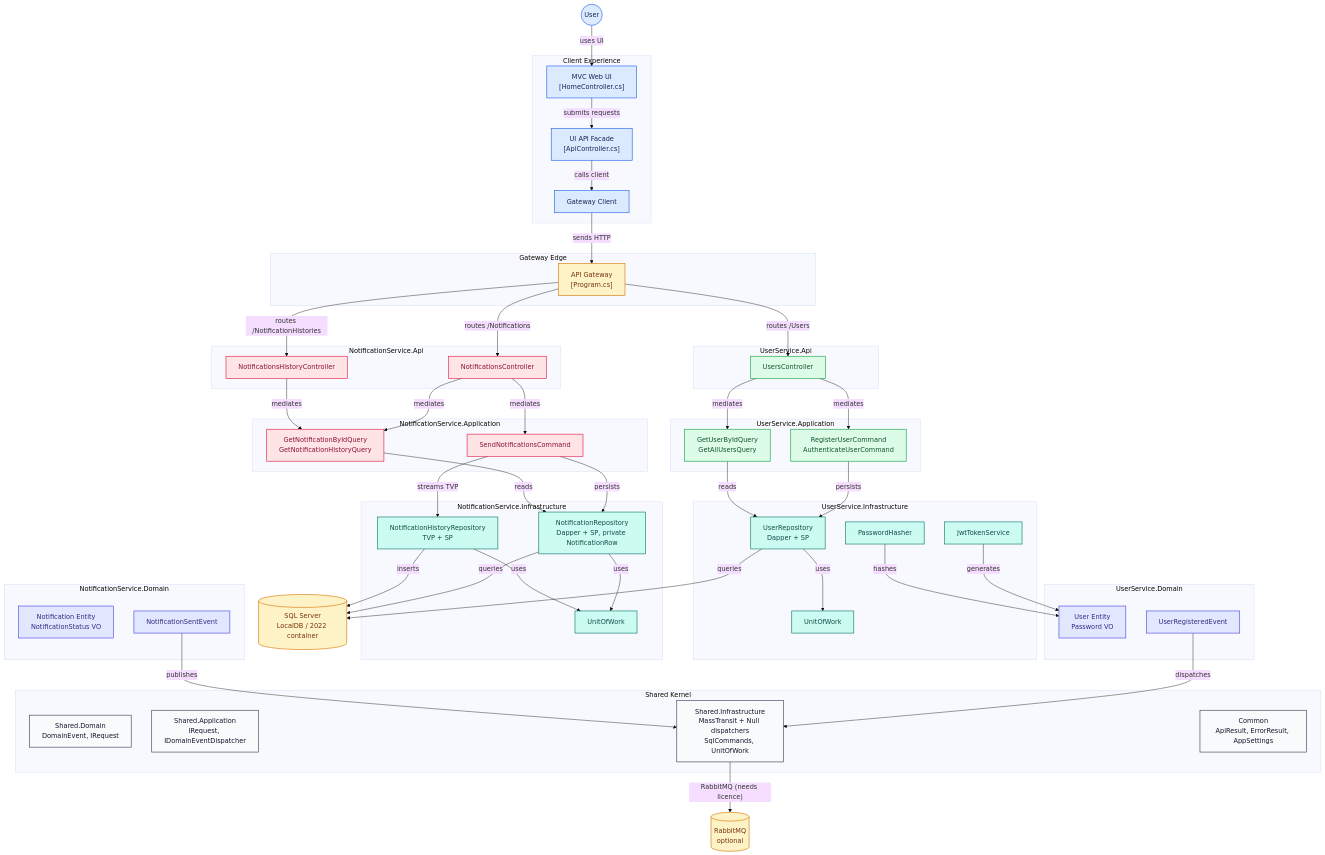
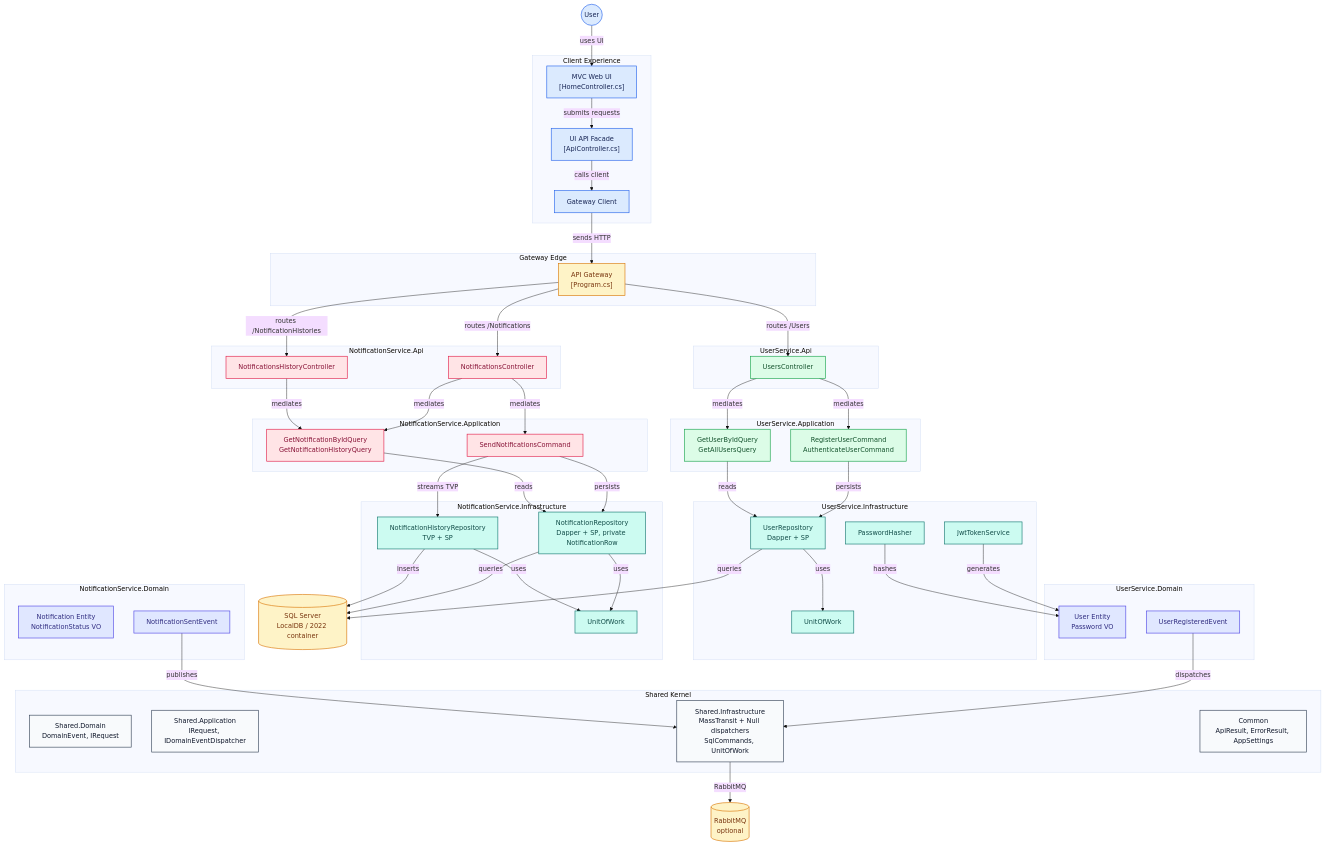
The diagram in documents/architecture.md (ahmadmdabit/NotificationSystem), drawn with Mermaid (base theme) before and after one commit. The commit also changed other lines of this file and 12 other files, not shown here.

```diff
--- a/documents/architecture.md
+++ b/documents/architecture.md
@@ -120,7 +120,7 @@
 node_notif_repo -->|"uses"| node_notif_uow
 node_history_repo -->|"uses"| node_notif_uow
 node_notif_event -->|"publishes"| node_shared_infra
-node_shared_infra -->|"RabbitMQ (needs licence)"| node_rabbitmq
+    node_shared_infra -->|"RabbitMQ"| node_rabbitmq
 node_user_repo -->|"queries"| node_sql_server
 node_notif_repo -->|"queries"| node_sql_server
 node_history_repo -->|"inserts"| node_sql_server
```
